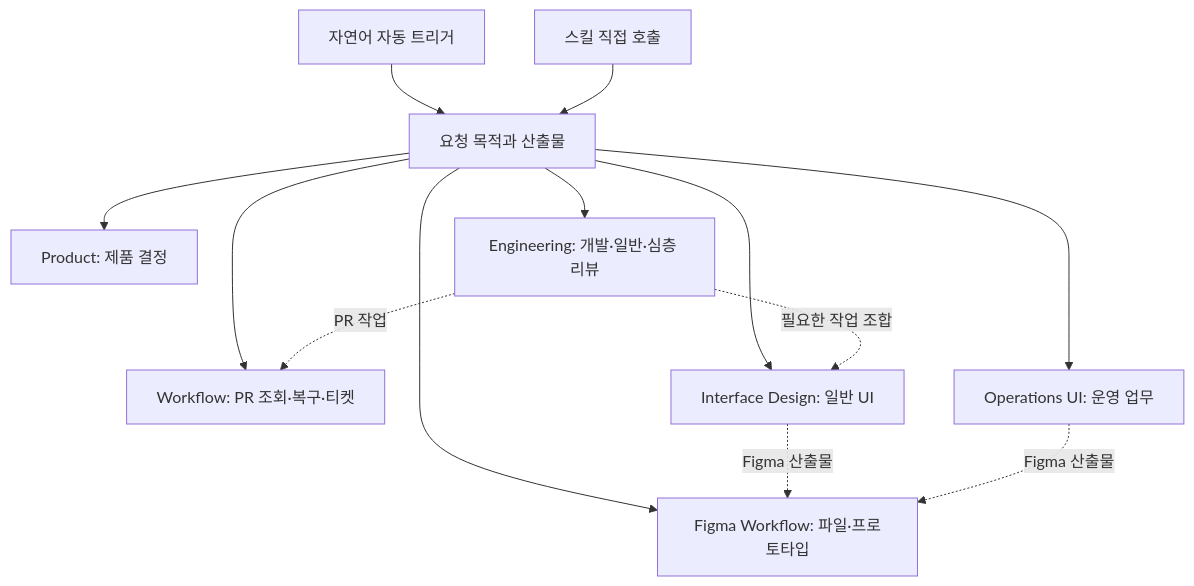
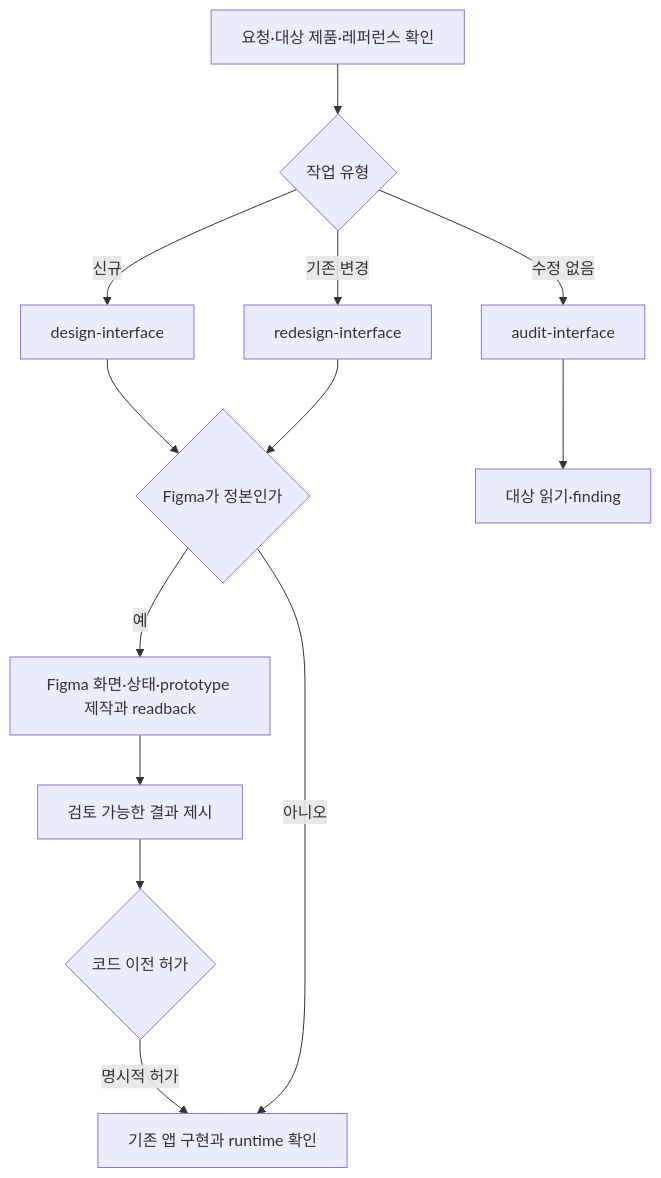
One commit to sonsu-lee/sonsu-marketplace changed the diagram in docs/architecture/interface-design.md. Above: the diagram before and after it, drawn with Mermaid. The commit also changed other lines of this file and 144 other files, not shown here.

Commit message:
refactor(design): UI 디자인 워크플로우 통합

````diff
--- a/docs/architecture/interface-design.md
+++ b/docs/architecture/interface-design.md
@@ -6,15 +7,15 @@
 ```mermaid
-flowchart TB
-  A[자연어 자동 트리거] --> R[요청 목적과 산출물]
-  B[스킬 직접 호출] --> R
-  R --> W[Workflow: PR 조회·복구·티켓]
-  R --> P[Product: 제품 결정]
-  R --> I[Interface Design: 일반 UI]
-  R --> O[Operations UI: 운영 업무]
-  R --> F[Figma Workflow: 파일·프로토타입]
-  R --> E[Engineering: 개발·일반·심층 리뷰]
-  I -. Figma 산출물 .-> F
-  O -. Figma 산출물 .-> F
-  E -. 필요한 작업 조합 .-> I
-  E -. PR 작업 .-> W
+flowchart TD
+  A[요청·대상 제품·레퍼런스 확인] --> B{작업 유형}
+  B -->|신규| C[design-interface]
+  B -->|기존 변경| D[redesign-interface]
+  B -->|수정 없음| E[audit-interface]
+  C --> F{Figma가 정본인가}
+  D --> F
+  E --> G[대상 읽기·finding]
+  F -->|예| H[Figma 화면·상태·prototype 제작과 readback]
+  H --> I[검토 가능한 결과 제시]
+  I --> J{코드 이전 허가}
+  J -->|명시적 허가| K[기존 앱 구현과 runtime 확인]
+  F -->|아니오| K
 ```
````
